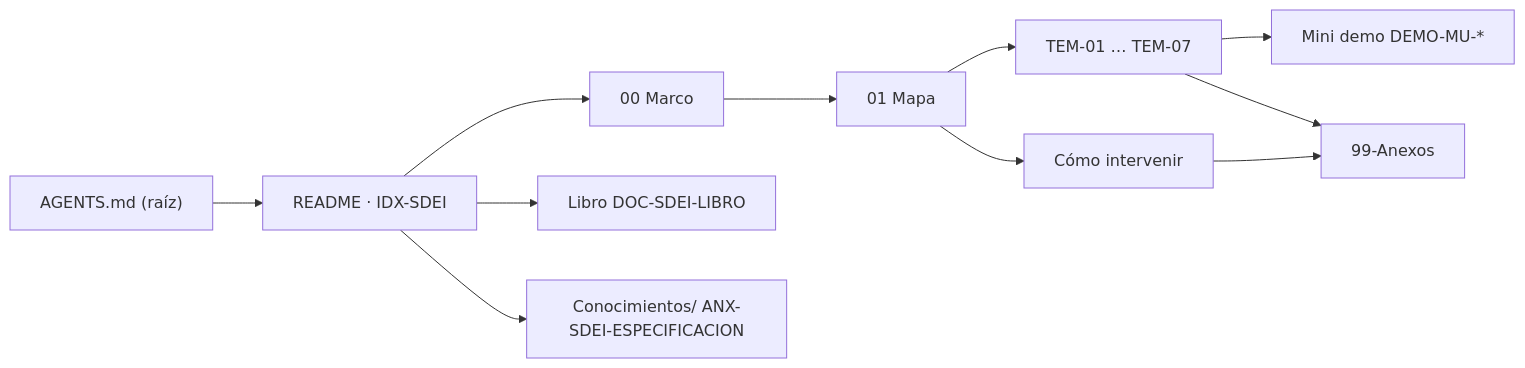
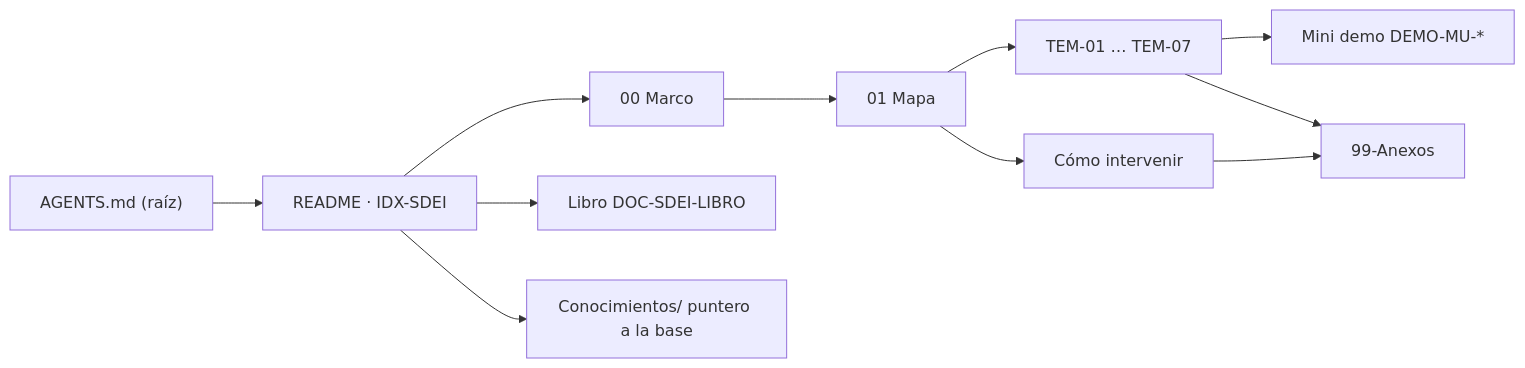
One commit to hdcm-dev/Lab-Documentos.Documentacion changed the diagram in ia-db/indexes/12_Sistema-Documentador-SDEI.md. Above: the diagram before and after it, drawn with Mermaid. The commit also changed other lines of this file and 5 other files, not shown here.

First line of the commit message:
ia-db: los conocimientos K1-K8 y DocsAsCode se mudaron a la base de conocimientos

````diff
--- a/ia-db/indexes/12_Sistema-Documentador-SDEI.md
+++ b/ia-db/indexes/12_Sistema-Documentador-SDEI.md
@@ -133,13 +132,13 @@
 ```mermaid
 flowchart LR
   AG["AGENTS.md (raíz)"] --> R["README · IDX-SDEI"]
   R --> M["00 Marco"]
   M --> MP["01 Mapa"]
   MP --> T["TEM-01 … TEM-07"]
   MP --> CI["Cómo intervenir"]
   T --> DEMO["Mini demo DEMO-MU-*"]
   T --> ANX["99-Anexos"]
   CI --> ANX
   R --> LIB["Libro DOC-SDEI-LIBRO"]
-  R --> K["Conocimientos/ ANX-SDEI-ESPECIFICACION"]
+  R --> K["Conocimientos/ puntero a la base"]
 ```
````
